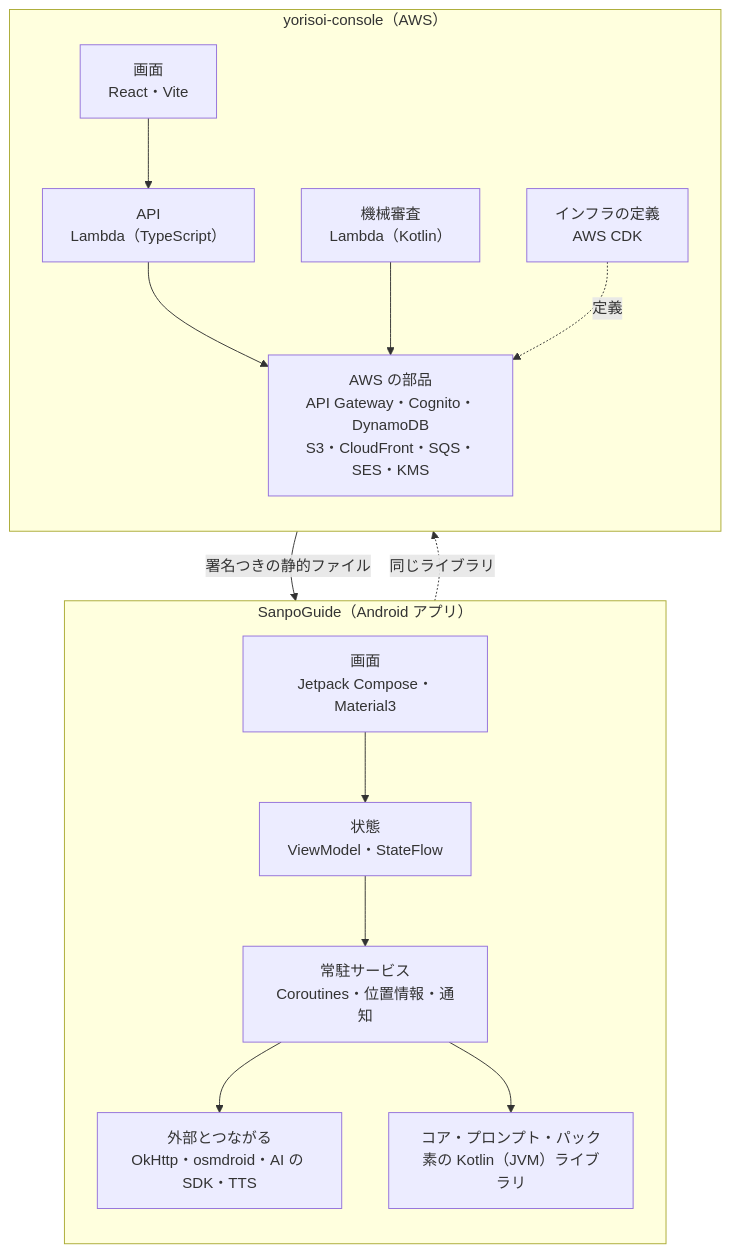
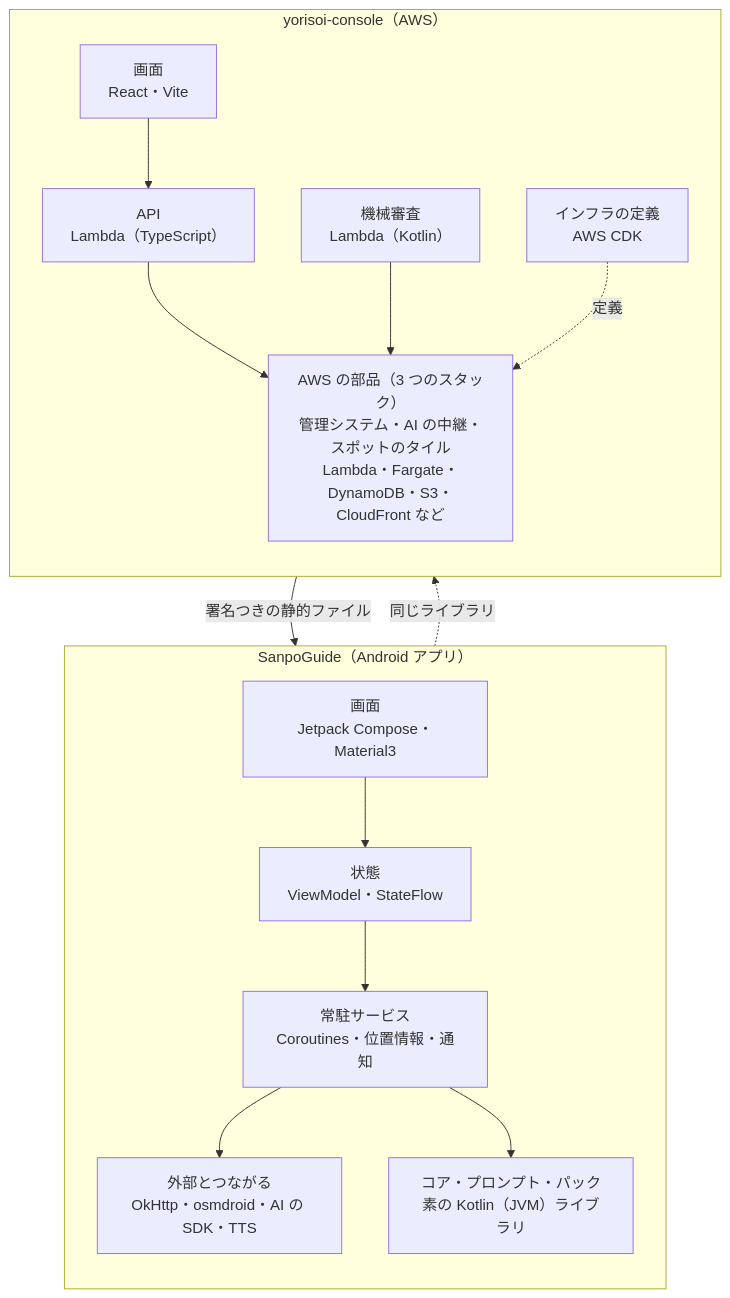
The diagram in 00-overview/02-technology-map.md (duwenji/yorisoi-tutorial), drawn with Mermaid before and after one commit. The commit also changed other lines of this file and 13 other files, not shown here.

````diff
--- a/00-overview/02-technology-map.md
+++ b/00-overview/02-technology-map.md
@@ -15,26 +15,26 @@
 ```mermaid
 flowchart TB
     subgraph SG["SanpoGuide（Android アプリ）"]
         direction TB
         UI["画面<br/>Jetpack Compose・Material3"]
         VM["状態<br/>ViewModel・StateFlow"]
         SVC["常駐サービス<br/>Coroutines・位置情報・通知"]
         NET["外部とつながる<br/>OkHttp・osmdroid・AI の SDK・TTS"]
         SF["コア・プロンプト・パック<br/>素の Kotlin（JVM）ライブラリ"]
         UI --> VM --> SVC --> NET
         SVC --> SF
     end
     subgraph SCC["yorisoi-console（AWS）"]
         direction TB
         WEB["画面<br/>React・Vite"]
         API["API<br/>Lambda（TypeScript）"]
         VAL["機械審査<br/>Lambda（Kotlin）"]
-        AWS["AWS の部品<br/>API Gateway・Cognito・DynamoDB<br/>S3・CloudFront・SQS・SES・KMS"]
+        AWS["AWS の部品（3 つのスタック）<br/>管理システム・AI の中継・スポットのタイル<br/>Lambda・Fargate・DynamoDB・S3・CloudFront など"]
         CDK["インフラの定義<br/>AWS CDK"]
         WEB --> API --> AWS
         VAL --> AWS
         CDK -.定義.-> AWS
     end
     SF -.同じライブラリ.-> VAL
     AWS -->|署名つきの静的ファイル| NET
 ```
````
